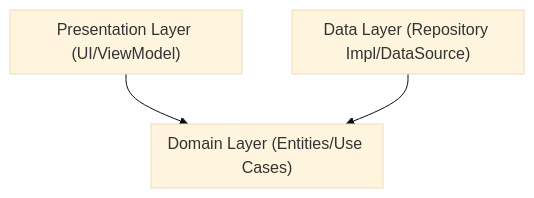
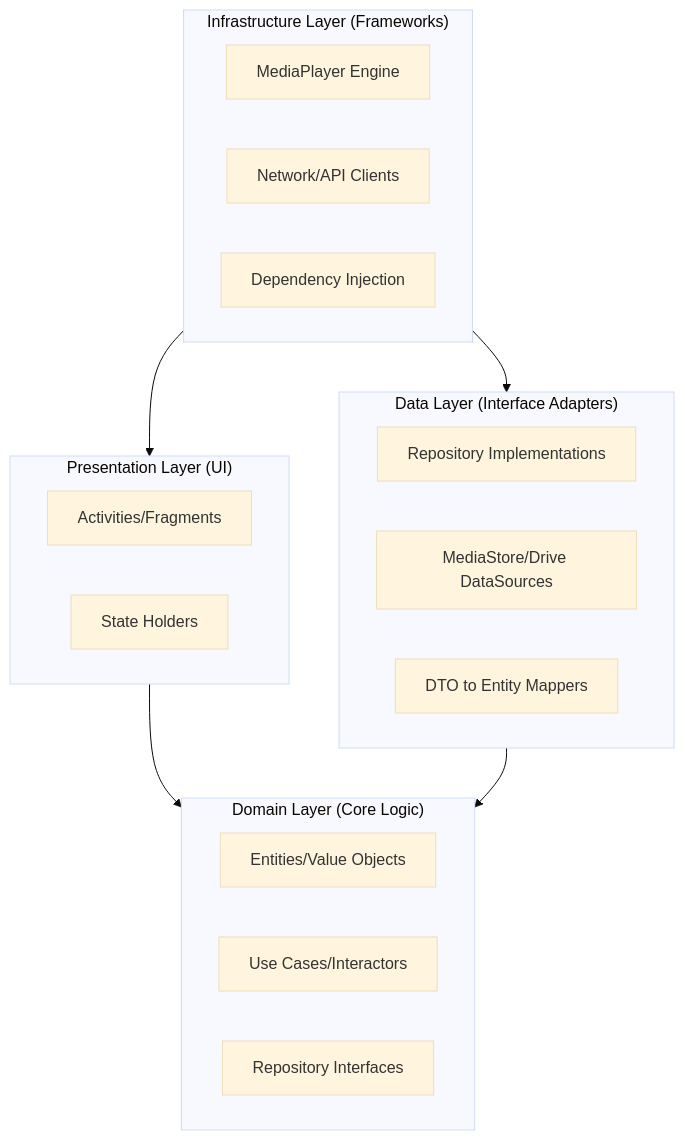
The first of 2 diagrams in docs/PROJECT_STRUCTURE.md (photom/SheepPlayer), drawn with Mermaid (base theme) before and after one commit. The commit also changed other lines of this file and 3 other files, not shown here.

````diff
--- a/docs/PROJECT_STRUCTURE.md
+++ b/docs/PROJECT_STRUCTURE.md
@@ -28,12 +9,27 @@
 ```mermaid
 graph TD
-    subgraph Presentation ["Presentation Layer (UI/ViewModel)"]
+    subgraph Infrastructure ["Infrastructure Layer (Frameworks)"]
+        MediaPlayer[MediaPlayer Engine]
+        Network[Network/API Clients]
+        DI[Dependency Injection]
     end
-    subgraph Data ["Data Layer (Repository Impl/DataSource)"]
+    subgraph Presentation ["Presentation Layer (UI)"]
+        Views[Activities/Fragments]
+        ViewModels[State Holders]
     end
-    subgraph Domain ["Domain Layer (Entities/Use Cases)"]
+    subgraph Data ["Data Layer (Interface Adapters)"]
+        RepoImpl[Repository Implementations]
+        DataSources[MediaStore/Drive DataSources]
+        Mappers[DTO to Entity Mappers]
+    end
+    subgraph Domain ["Domain Layer (Core Logic)"]
+        Entities[Entities/Value Objects]
+        UseCases[Use Cases/Interactors]
+        RepoInterfaces[Repository Interfaces]
     end
 
     Presentation --> Domain
     Data --> Domain
+    Infrastructure --> Data
+    Infrastructure --> Presentation
 ```
````
